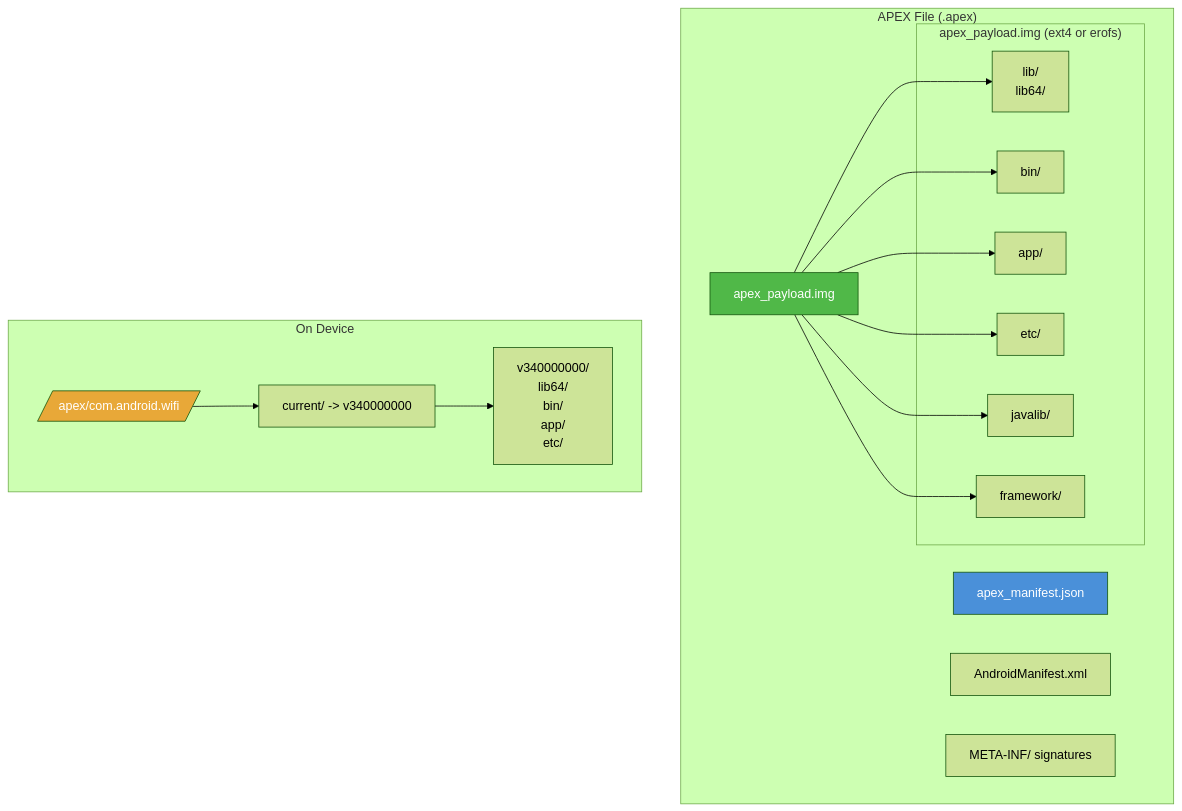
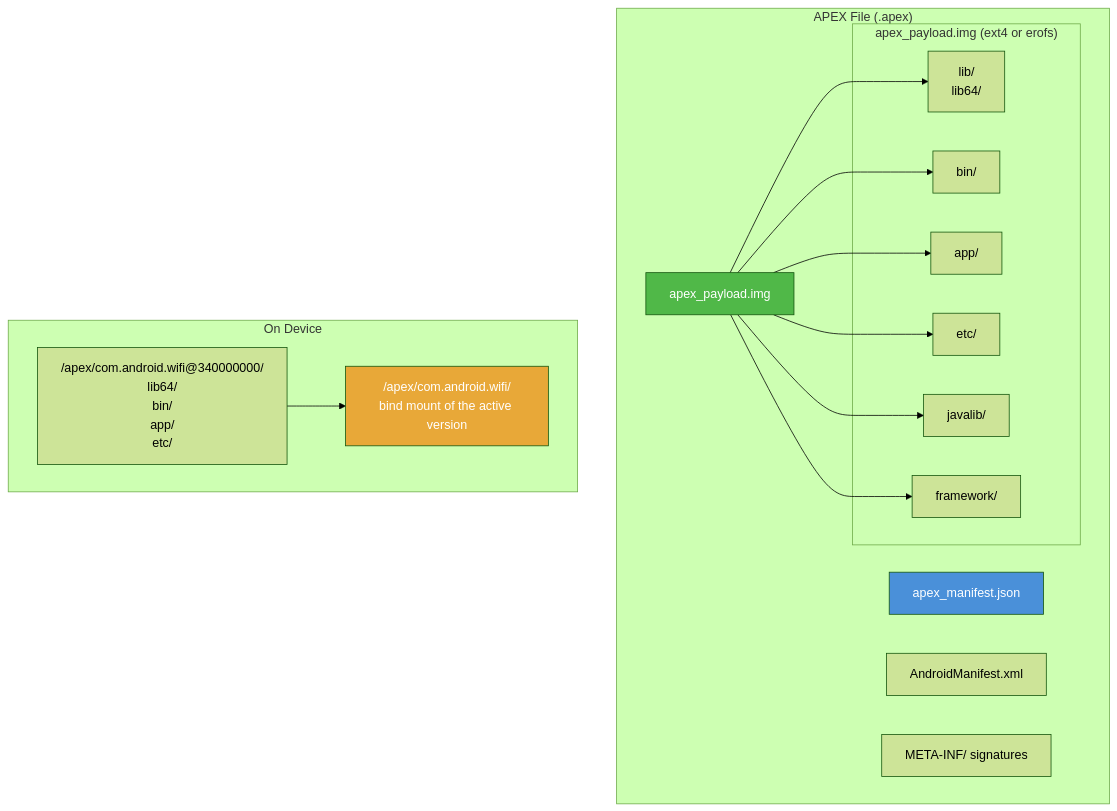
One commit to aospbooks/aosp-internal-book changed diagram 13 of 19 in agents/claude/skills/aosp-getting-started/02-source-and-build.md. Above: the diagram before and after it, drawn with Mermaid (forest theme). The commit also changed other lines of this file and 218 other files, not shown here.

````diff
--- a/agents/claude/skills/aosp-getting-started/02-source-and-build.md
+++ b/agents/claude/skills/aosp-getting-started/02-source-and-build.md
@@ -3328,38 +3358,36 @@
 ```mermaid
 graph TB
     subgraph "APEX File (.apex)"
         M[apex_manifest.json]
         AM[AndroidManifest.xml]
         PL[apex_payload.img]
         SIG[META-INF/ signatures]
 
         subgraph "apex_payload.img (ext4 or erofs)"
             LIB["lib/<br/>lib64/"]
             BIN[bin/]
             APP[app/]
             ETC[etc/]
             JARS[javalib/]
             FW[framework/]
         end
 
         PL --> LIB
         PL --> BIN
         PL --> APP
         PL --> ETC
         PL --> JARS
         PL --> FW
     end
 
     subgraph "On Device"
-        STORE[/apex/com.android.wifi/]
-        CURR[current/ -> v340000000]
-        V1["v340000000/<br/>lib64/<br/>bin/<br/>app/<br/>etc/"]
+        V1["/apex/com.android.wifi@340000000/<br/>lib64/<br/>bin/<br/>app/<br/>etc/"]
+        STORE["/apex/com.android.wifi/<br/>bind mount of the active version"]
 
-        STORE --> CURR
-        CURR --> V1
+        V1 --> STORE
     end
 
     style M fill:#4a90d9,color:#fff
     style PL fill:#50b848,color:#fff
     style STORE fill:#e8a838,color:#fff
 ```
````
